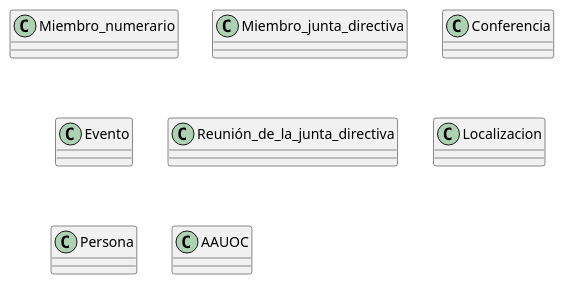
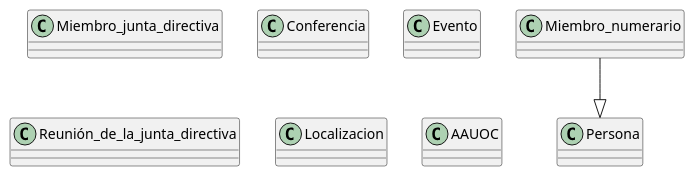
Before and after one commit to moevius237/Practica-Diagramas-UML-PAblo: the diagram in src/PabloDiagrama.puml, drawn with PlantUML.

Commit message:
Primera relacion

```diff
--- a/src/PabloDiagrama.puml
+++ b/src/PabloDiagrama.puml
@@ -1,28 +1,31 @@
 @startuml
 class Miembro_numerario{
 
 }
 
 class Miembro_junta_directiva
 
 class Conferencia {
 
 }
 
 class Evento {
 
 }
 
 class Reunión_de_la_junta_directiva
 
 class Localizacion {
 
 }
 
 class Persona{
 }
 
 class AAUOC{
 
 }
+
+Miembro_numerario--|>Persona
+
 @enduml
```
